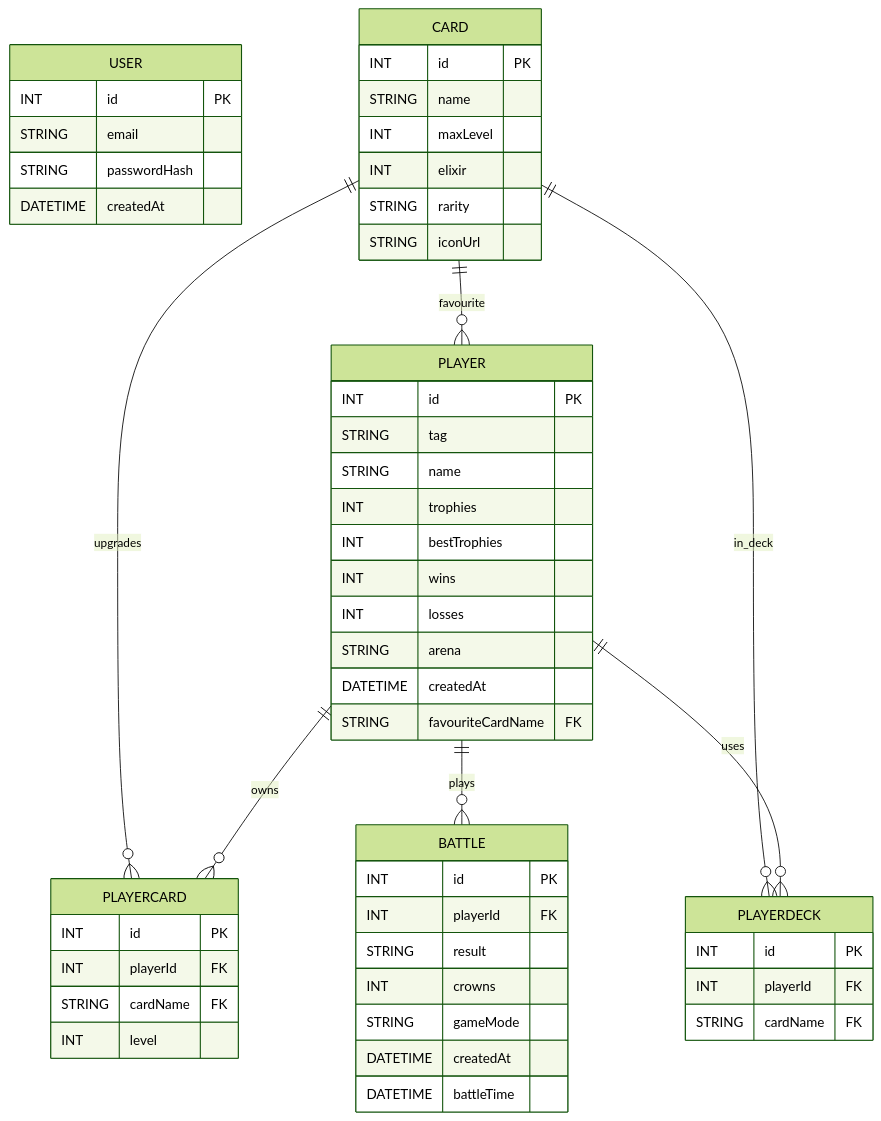
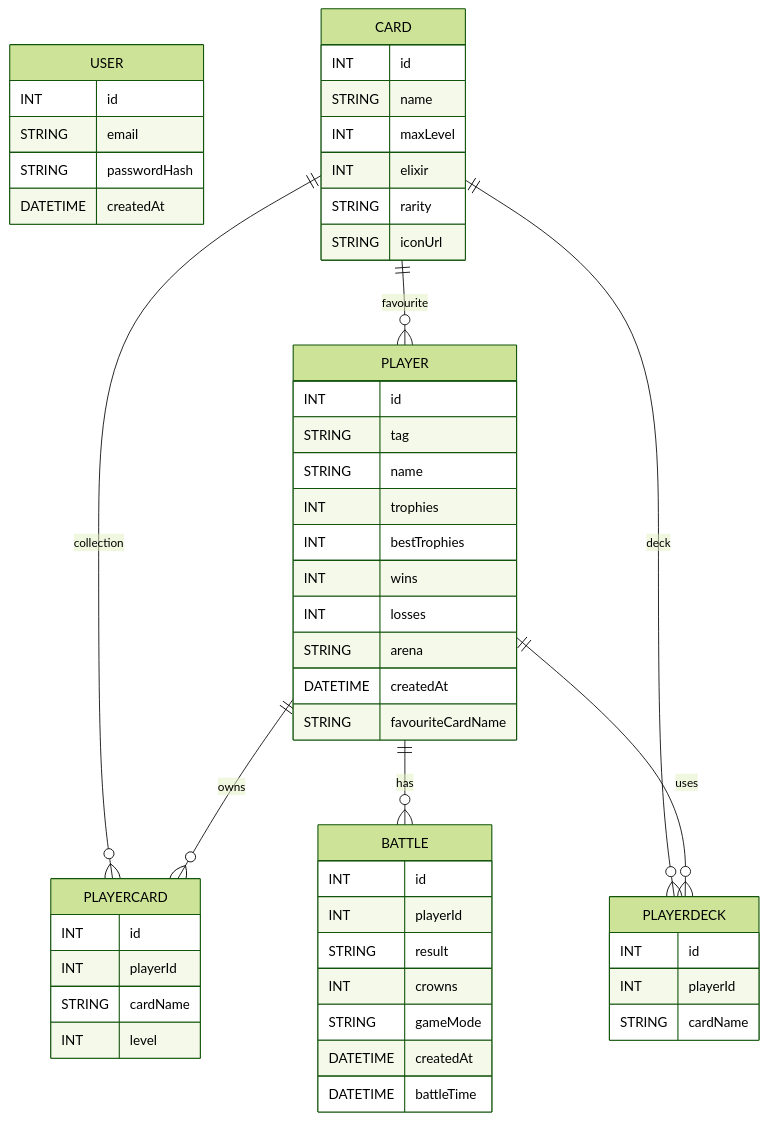
The diagram in README.md (ArjunVarmaLeeds/Web-Services-CWK1), drawn with Mermaid (forest theme) before and after one commit.

Commit message:
Refactored README

````diff
--- a/README.md
+++ b/README.md
@@ -42,62 +42,62 @@
 ``` mermaid
 erDiagram
 
     USER {
-        INT id PK
+        INT id
         STRING email
         STRING passwordHash
         DATETIME createdAt
     }
 
     PLAYER {
-        INT id PK
+        INT id
         STRING tag
         STRING name
         INT trophies
         INT bestTrophies
         INT wins
         INT losses
         STRING arena
         DATETIME createdAt
-        STRING favouriteCardName FK
+        STRING favouriteCardName
     }
 
     BATTLE {
-        INT id PK
-        INT playerId FK
+        INT id
+        INT playerId
         STRING result
         INT crowns
         STRING gameMode
         DATETIME createdAt
         DATETIME battleTime
     }
 
     PLAYERCARD {
-        INT id PK
-        INT playerId FK
-        STRING cardName FK
+        INT id
+        INT playerId
+        STRING cardName
         INT level
     }
 
     PLAYERDECK {
-        INT id PK
-        INT playerId FK
-        STRING cardName FK
+        INT id
+        INT playerId
+        STRING cardName
     }
 
     CARD {
-        INT id PK
+        INT id
         STRING name
         INT maxLevel
         INT elixir
         STRING rarity
         STRING iconUrl
     }
 
-    PLAYER ||--o{ BATTLE : plays
+    PLAYER ||--o{ BATTLE : has
     PLAYER ||--o{ PLAYERCARD : owns
     PLAYER ||--o{ PLAYERDECK : uses
-    CARD   ||--o{ PLAYERCARD : upgrades
-    CARD   ||--o{ PLAYERDECK : in_deck
-    CARD   ||--o{ PLAYER : favourite
+    CARD ||--o{ PLAYERCARD : collection
+    CARD ||--o{ PLAYERDECK : deck
+    CARD ||--o{ PLAYER : favourite
 ```
````
